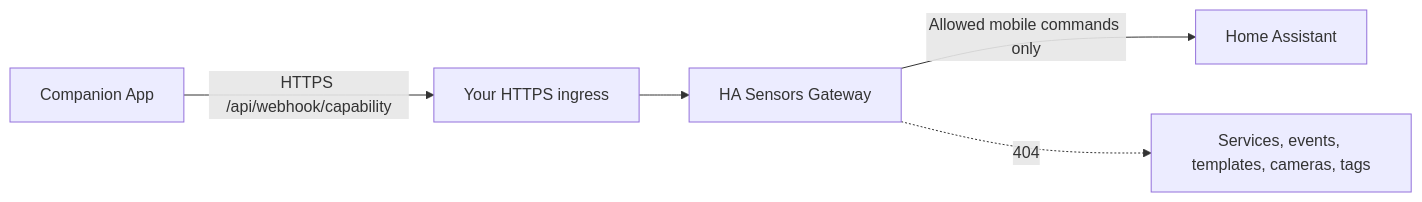
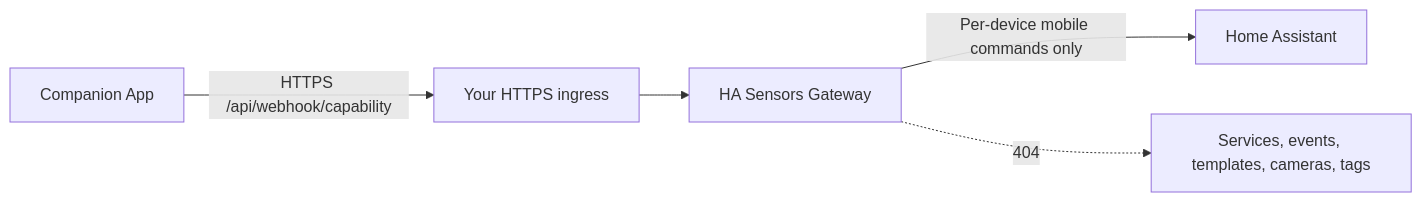
Before and after one commit to abhi1693/ha-sensors-gateway: the diagram in README.md, drawn with Mermaid. The commit also changed other lines of this file and 3 other files, not shown here.

Commit message:
Add per-device command policies

````diff
--- a/README.md
+++ b/README.md
@@ -30,7 +31,7 @@
 ```mermaid
 flowchart LR
     phone[Companion App] -->|HTTPS /api/webhook/capability| edge[Your HTTPS ingress]
     edge --> gateway[HA Sensors Gateway]
-    gateway -->|Allowed mobile commands only| ha[Home Assistant]
+    gateway -->|Per-device mobile commands only| ha[Home Assistant]
     gateway -.->|404| blocked[Services, events, templates, cameras, tags]
 ```
````
